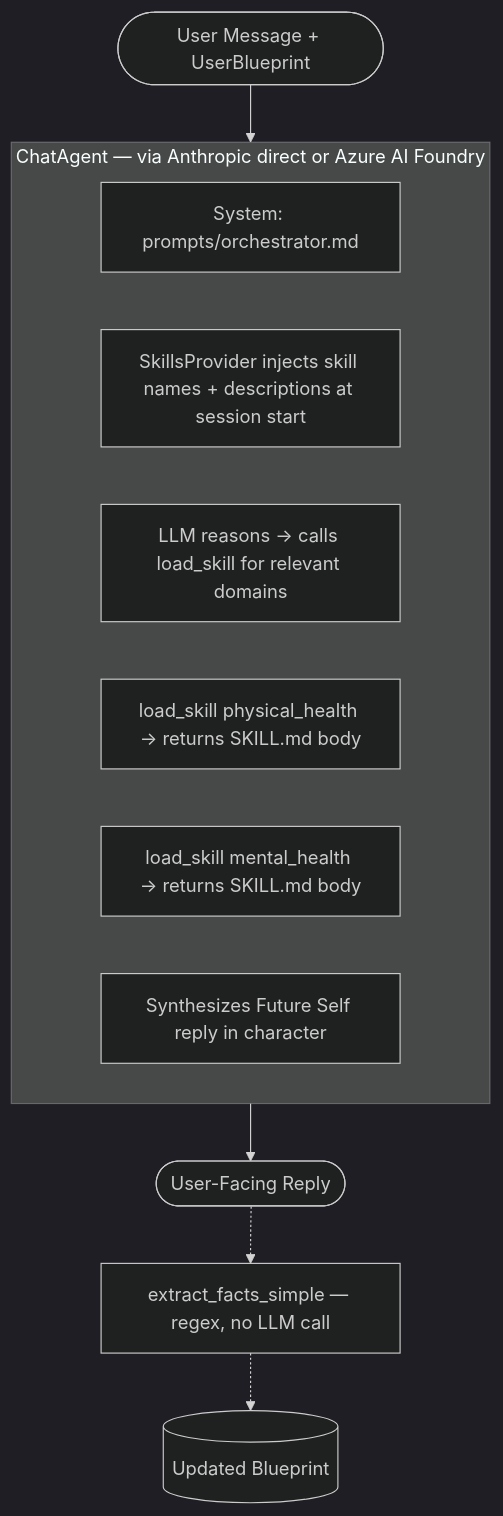
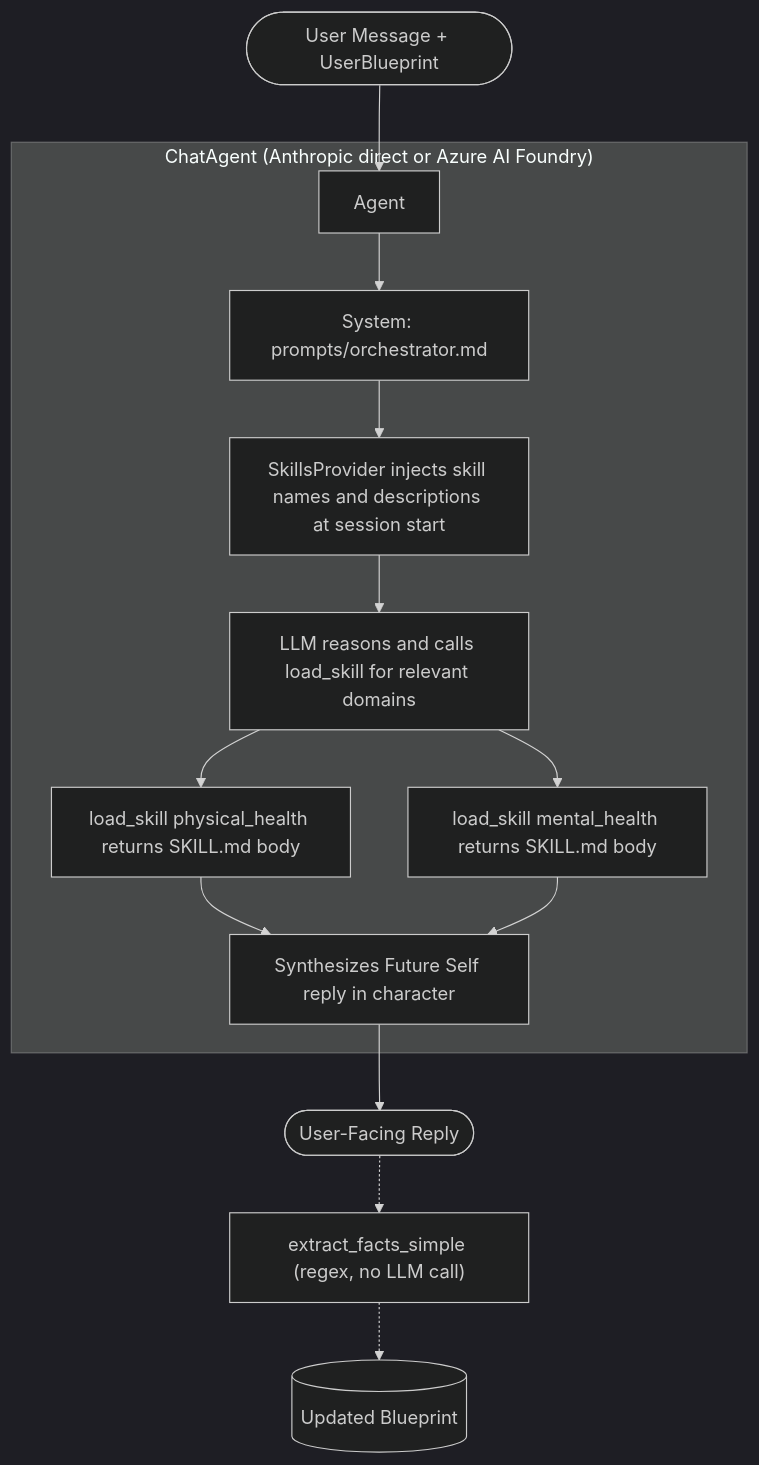
One commit to scopeta/futureself changed the diagram in futureself-spec.md. Above: the diagram before and after it, drawn with Mermaid (dark theme). The commit also changed other lines of this file and 1 other file, not shown here.

Commit message:
docs: slim AGENTS.md to governance; renumber spec sections; fix mermaid diagram

````diff
--- a/futureself-spec.md
+++ b/futureself-spec.md
@@ -29,17 +29,23 @@
 ```mermaid
 flowchart TD
-    User([User Message + UserBlueprint]) --> Agent
+    User(["User Message + UserBlueprint"]) --> AgentNode
 
-    subgraph Agent [ChatAgent — via Anthropic direct or Azure AI Foundry]
-        System[System: prompts/orchestrator.md]
-        Skills[SkillsProvider injects skill names + descriptions at session start]
-        Reason[LLM reasons → calls load_skill for relevant domains]
-        Skill1[load_skill physical_health → returns SKILL.md body]
-        Skill2[load_skill mental_health → returns SKILL.md body]
-        Synthesize[Synthesizes Future Self reply in character]
+    subgraph AgentBox["ChatAgent (Anthropic direct or Azure AI Foundry)"]
+        AgentNode["Agent"]
+        System["System: prompts/orchestrator.md"]
+        Skills["SkillsProvider injects skill names and descriptions at session start"]
+        Reason["LLM reasons and calls load_skill for relevant domains"]
+        Skill1["load_skill physical_health returns SKILL.md body"]
+        Skill2["load_skill mental_health returns SKILL.md body"]
+        Synthesize["Synthesizes Future Self reply in character"]
+        AgentNode --> System --> Skills --> Reason
+        Reason --> Skill1
+        Reason --> Skill2
+        Skill1 --> Synthesize
+        Skill2 --> Synthesize
     end
 
-    Agent --> Reply([User-Facing Reply])
-    Reply -.-> Facts[extract_facts_simple — regex, no LLM call]
-    Facts -.-> Blueprint[(Updated Blueprint)]
+    Synthesize --> Reply(["User-Facing Reply"])
+    Reply -.-> Facts["extract_facts_simple (regex, no LLM call)"]
+    Facts -.-> Blueprint[("Updated Blueprint")]
 ```
````
